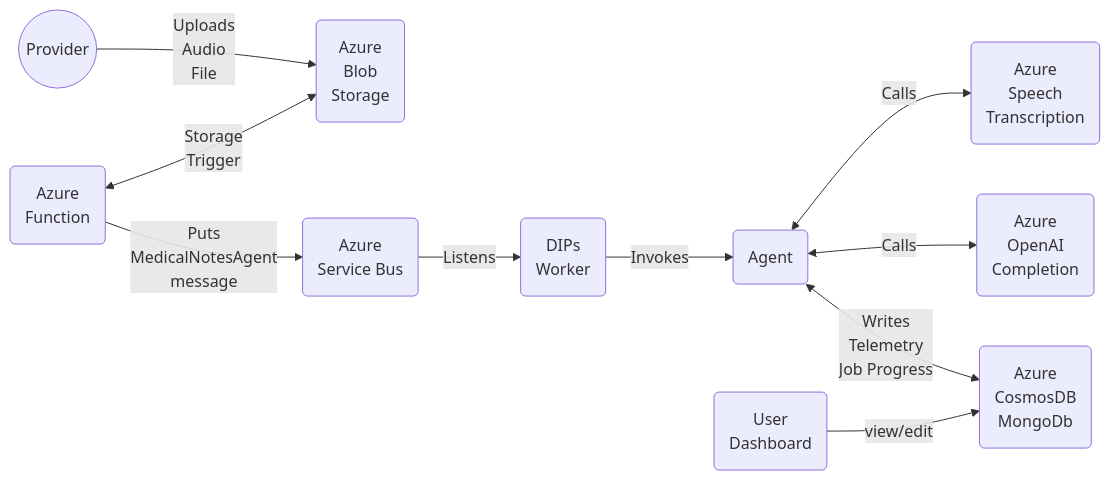
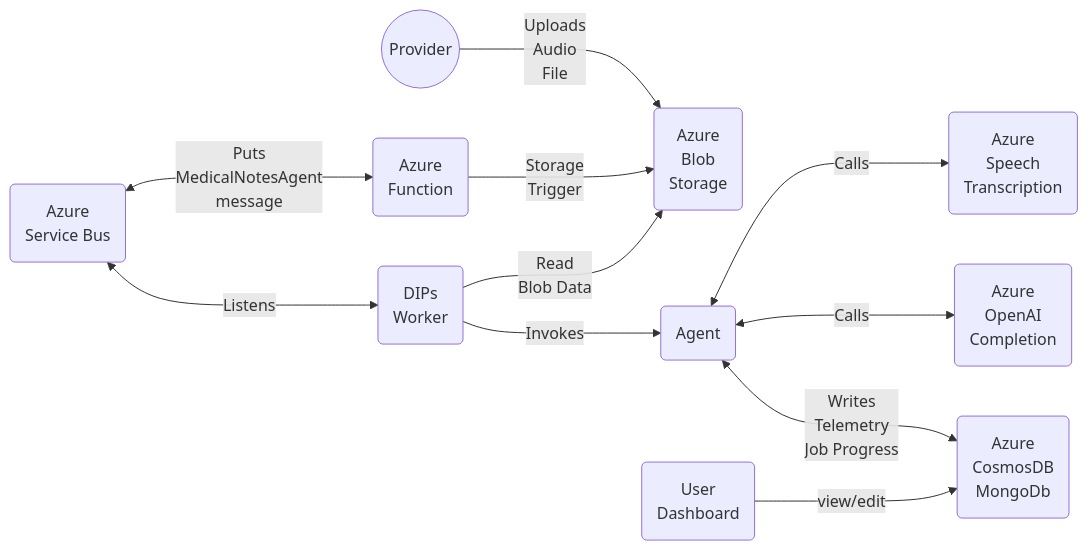
One commit to ZionClouds/ZionAIMedFlow-v2 changed the first of 2 diagrams in medicalnotes.md. Above: the diagram before and after it, drawn with Mermaid. The commit also changed other lines of this file, not shown here.

Commit message:
Update medicalnotes mermaid graph

````diff
--- a/medicalnotes.md
+++ b/medicalnotes.md
@@ -5,15 +5,24 @@
 ```mermaid
 graph LR
-  P((Provider))--Uploads<br>Audio<br>File-->S(Azure<br>Blob<br/>Storage)
+  P((Provider))
+  S(Azure<br>Blob<br/>Storage)
+  DI(DIPs<br/>Worker)
+  AF(Azure<br>Function)
+  SB(Azure<br/>Service Bus)
+  A(Agent)
+  ST(Azure<br>Speech<br>Transcription)
+  O(Azure<br/>OpenAI<br>Completion)
+  DB(Azure<br/>CosmosDB<br/>MongoDb)
+  UD(User<br>Dashboard)
 
-  Az(Azure<br>Function)<--Storage<br/>Trigger-->S
-  Az--Puts<br/>MedicalNotesAgent<br/>message-->Q(Azure<br/>Service Bus)
-  
-  Q--Listens-->W(DIPs<br/>Worker)
-  W--Invokes-->A(Agent)
-  A<--Calls-->SP(Azure<br>Speech<br>Transcription)
-  A<--Calls-->O(Azure<br/>OpenAI<br>Completion)
-  A<--Writes<br/>Telemetry<br/>Job Progress-->M(Azure<br/>CosmosDB<br/>MongoDb)
-  D(User<br>Dashboard)--view/edit-->M
-
+  P--->|Uploads<br>Audio<br>File|S
+  AF--->|Storage<br/>Trigger|S
+  SB<--->|Puts<br/>MedicalNotesAgent<br/>message|AF
+  SB<--->|Listens|DI
+  DI--->|Read<br>Blob Data|S
+  DI--->|Invokes|A
+  A<--->|Calls|ST
+  A<--->|Calls|O
+  A<--->|Writes<br>Telemetry<br>Job Progress|DB
+  UD--->|view/edit|DB
 ```
````
